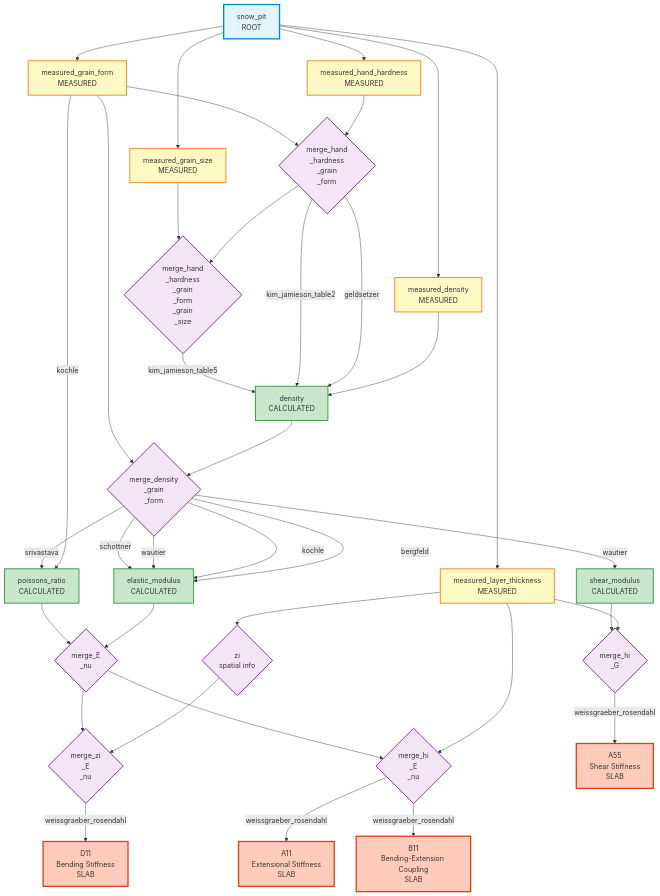
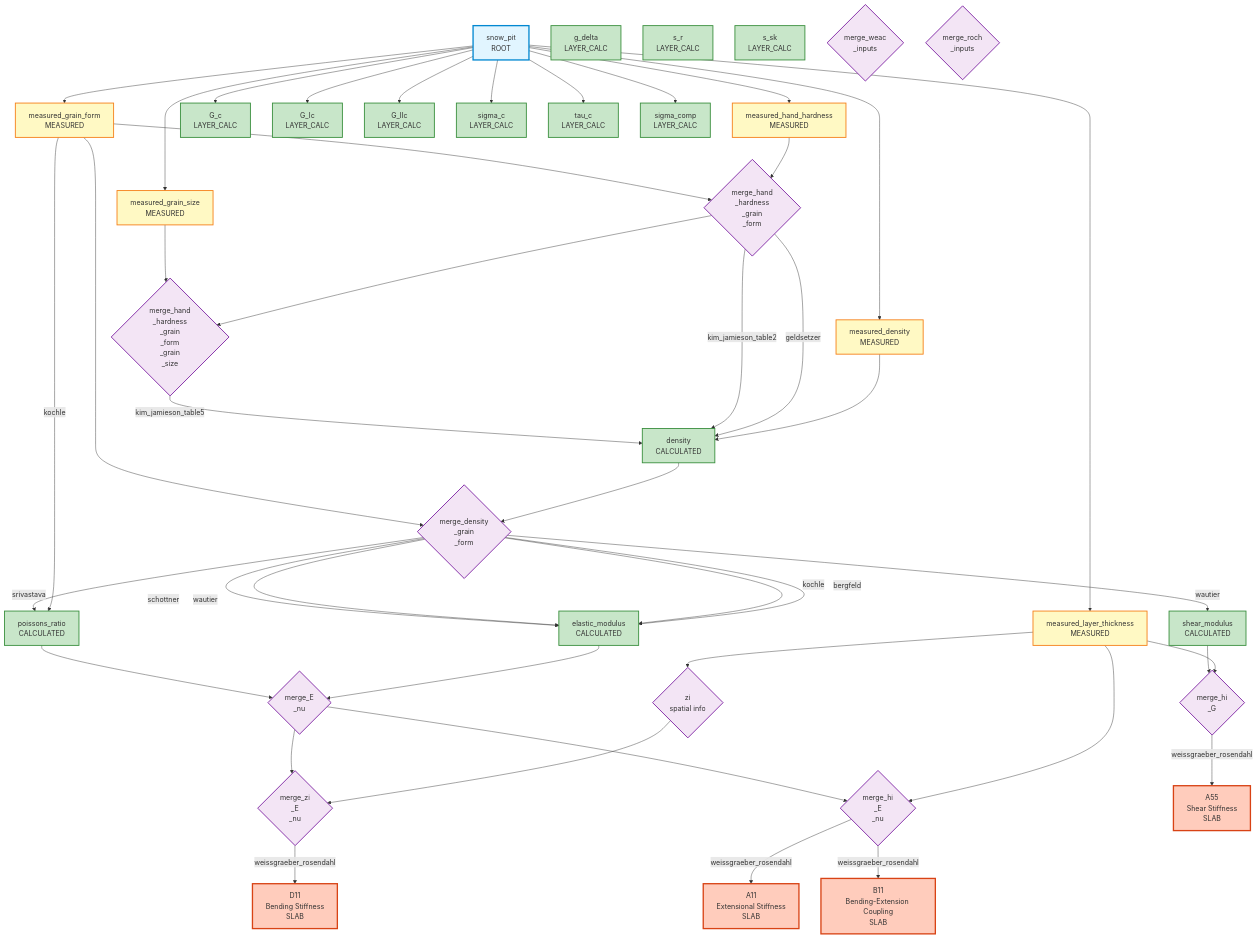
The diagram in docs/parameter_graph.md (connellymk/SnowPyt-MechParams), drawn with Mermaid before and after one commit. The commit also changed other lines of this file, not shown here.

Commit message:
regenerate diagram

````diff
--- a/docs/parameter_graph.md
+++ b/docs/parameter_graph.md
@@ -22,6 +22,15 @@
     elastic_modulus[elastic_modulus<br/>CALCULATED]
     poissons_ratio[poissons_ratio<br/>CALCULATED]
     shear_modulus[shear_modulus<br/>CALCULATED]
+    G_c[G_c<br/>LAYER_CALC]
+    G_Ic[G_Ic<br/>LAYER_CALC]
+    G_IIc[G_IIc<br/>LAYER_CALC]
+    sigma_c[sigma_c<br/>LAYER_CALC]
+    tau_c[tau_c<br/>LAYER_CALC]
+    sigma_comp[sigma_comp<br/>LAYER_CALC]
+    g_delta[g_delta<br/>LAYER_CALC]
+    s_r[s_r<br/>LAYER_CALC]
+    s_sk[s_sk<br/>LAYER_CALC]
     
     %% Slab-level merge nodes
     zi{zi<br/>spatial info}
@@ -29,6 +38,8 @@
     merge_zi_E_nu{merge_zi<br/>_E<br/>_nu}
     merge_hi_G{merge_hi<br/>_G}
     merge_hi_E_nu{merge_hi<br/>_E<br/>_nu}
+    merge_weac_inputs{merge_weac<br/>_inputs}
+    merge_roch_inputs{merge_roch<br/>_inputs}
     
     %% Slab parameters
     A11[A11<br/>Extensional Stiffness<br/>SLAB]
@@ -42,6 +53,12 @@
     snow_pit --> measured_grain_form
     snow_pit --> measured_grain_size
     snow_pit --> measured_layer_thickness
+    snow_pit --> G_c
+    snow_pit --> G_Ic
+    snow_pit --> G_IIc
+    snow_pit --> sigma_c
+    snow_pit --> tau_c
+    snow_pit --> sigma_comp
     
     %% Density pathways
     measured_density --> density
@@ -92,7 +109,7 @@
     
     class snow_pit rootNode
     class measured_density,measured_hand_hardness,measured_grain_form,measured_grain_size,measured_layer_thickness measuredNode
-    class merge_hand_hardness_grain_form,merge_hand_hardness_grain_form_grain_size,merge_density_grain_form,zi,merge_E_nu,merge_zi_E_nu,merge_hi_G,merge_hi_E_nu mergeNode
-    class density,elastic_modulus,poissons_ratio,shear_modulus layerCalc
+    class merge_hand_hardness_grain_form,merge_hand_hardness_grain_form_grain_size,merge_density_grain_form,zi,merge_E_nu,merge_zi_E_nu,merge_hi_G,merge_hi_E_nu,merge_weac_inputs,merge_roch_inputs mergeNode
+    class density,elastic_modulus,poissons_ratio,shear_modulus,G_c,G_Ic,G_IIc,sigma_c,tau_c,sigma_comp,g_delta,s_r,s_sk layerCalc
     class A11,B11,D11,A55 slabCalc
 ```
````
